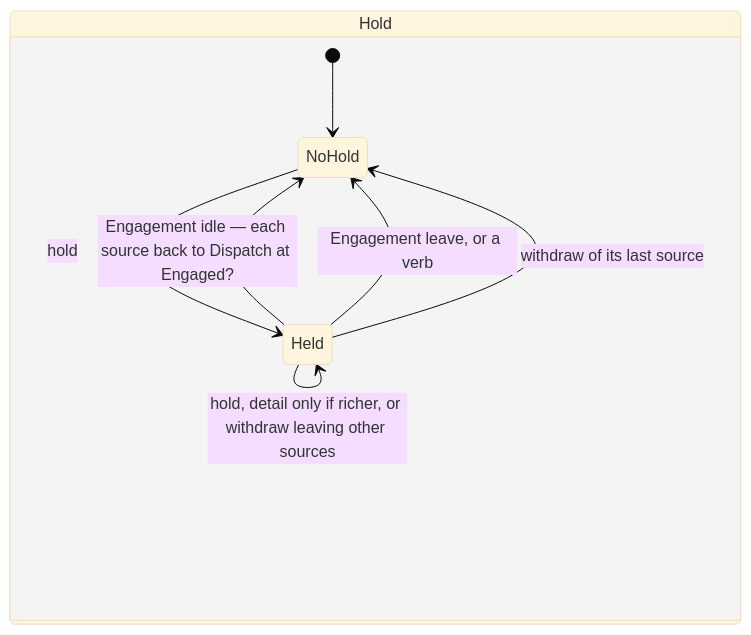
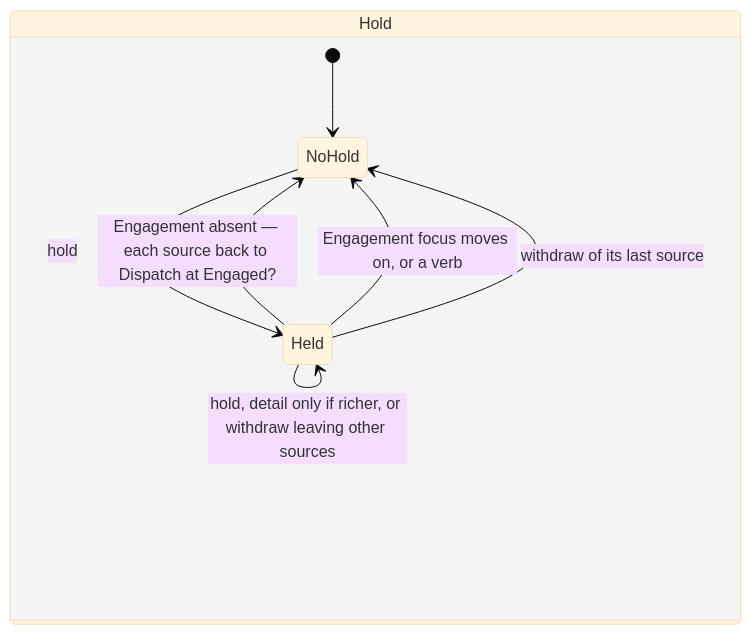
Before and after one commit to diffplug/dormouse: the tenth of 16 diagrams in docs/specs/alert.md, drawn with Mermaid (base theme). The commit also changed other lines of this file and 17 other files, not shown here.

First line of the commit message:
Ring a held completion when its viewer goes absent, not only on idle

````diff
--- a/docs/specs/alert.md
+++ b/docs/specs/alert.md
@@ -258,11 +258,11 @@
 ```mermaid
 stateDiagram-v2
   state "Hold" as Hold {
     [*] --> NoHold
     NoHold --> Held: hold
     Held --> Held: hold, detail only if richer, or withdraw leaving other sources
-    Held --> NoHold: Engagement idle — each source back to Dispatch at Engaged?
-    Held --> NoHold: Engagement leave, or a verb
+    Held --> NoHold: Engagement absent — each source back to Dispatch at Engaged?
+    Held --> NoHold: Engagement focus moves on, or a verb
     Held --> NoHold: withdraw of its last source
   }
 ```
````
